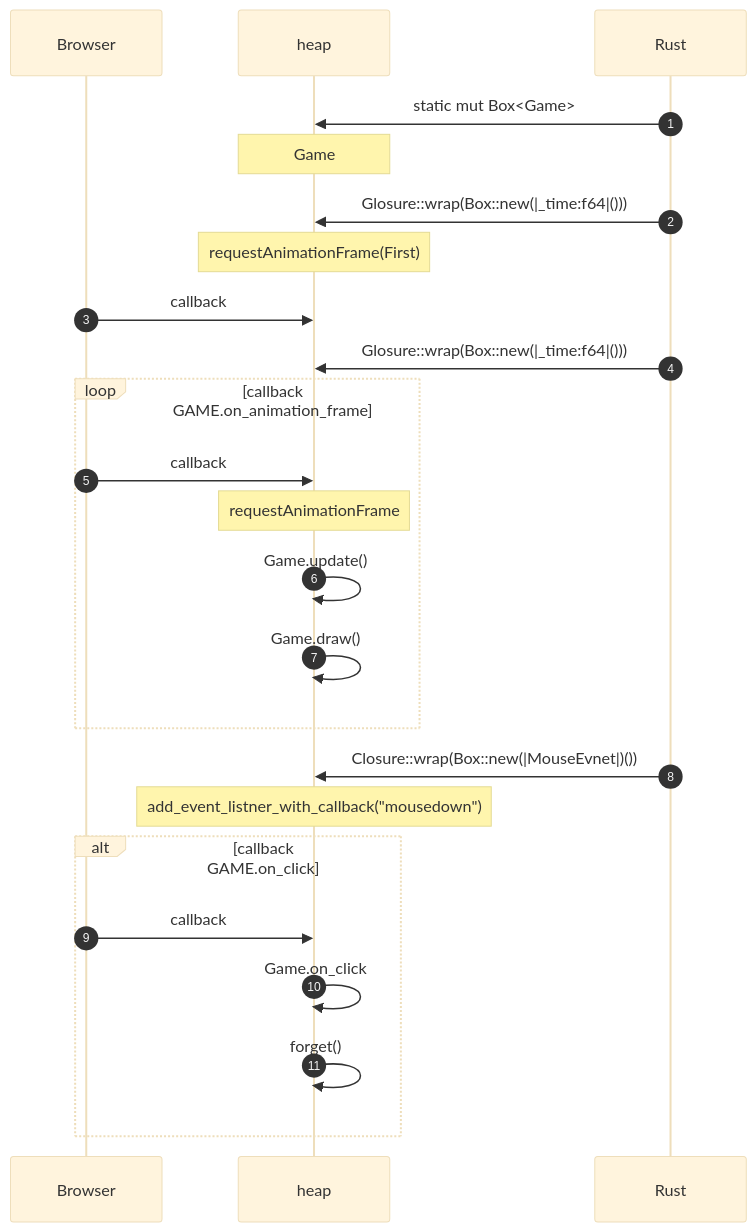
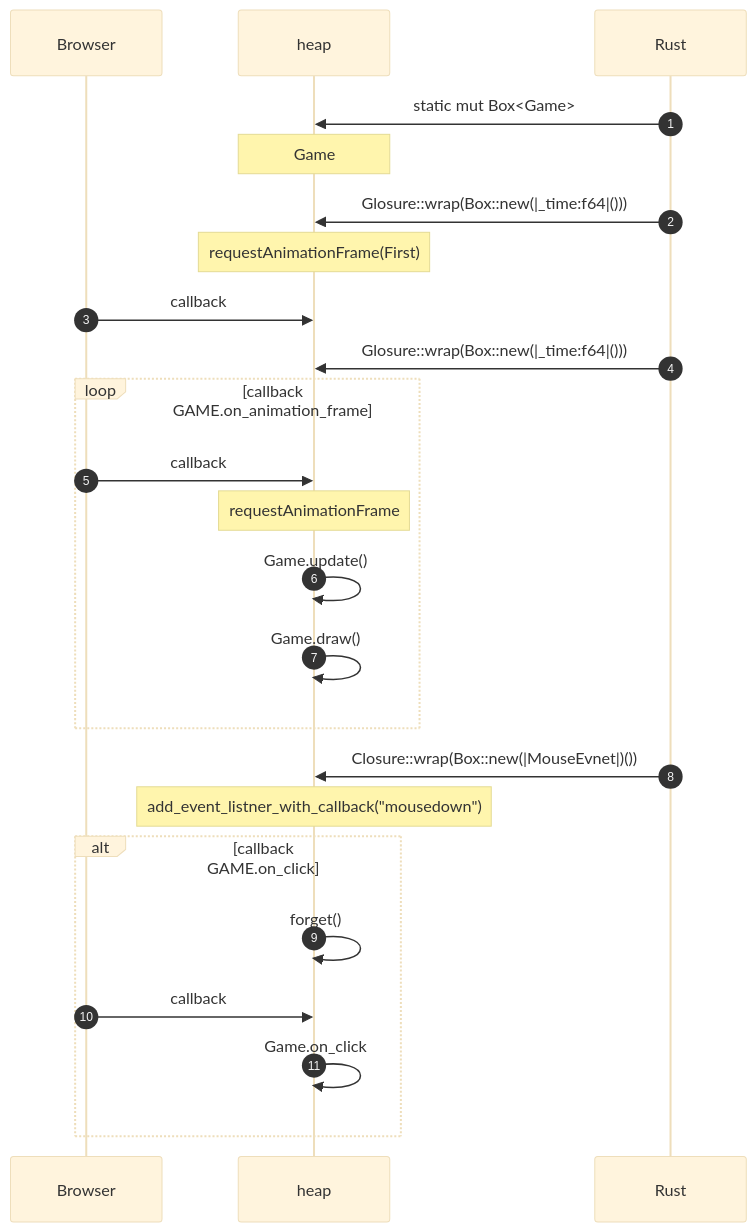
One commit to myurioka/demo01 changed the diagram in README.md. Above: the diagram before and after it, drawn with Mermaid (base theme). The commit also changed other lines of this file, not shown here.

Commit message:
I've edited  README to modify Sequence Diagram.

````diff
--- a/README.md
+++ b/README.md
@@ -31,27 +31,27 @@
 ```mermaid
 sequenceDiagram
     autonumber
     participant B as Browser
     participant H as heap
     participant R as Rust
 
     R->>H: static mut Box<Game>
     note over H: Game
     R->>H: Glosure::wrap(Box::new(|_time:f64|()))
     note over H: requestAnimationFrame(First)
     B->>H: callback
     R->>H: Glosure::wrap(Box::new(|_time:f64|()))
     loop callback GAME.on_animation_frame
     B->>H: callback
     note over H: requestAnimationFrame
     H->>H: Game.update()
     H->>H: Game.draw()
     end
     R->>H: Closure::wrap(Box::new(|MouseEvnet|)())
     note over H: add_event_listner_with_callback("mousedown")
     alt callback GAME.on_click
+    H->>H: forget()
     B->>H: callback
     H->>H: Game.on_click
-    H->>H: forget()
     end
 ```
````
